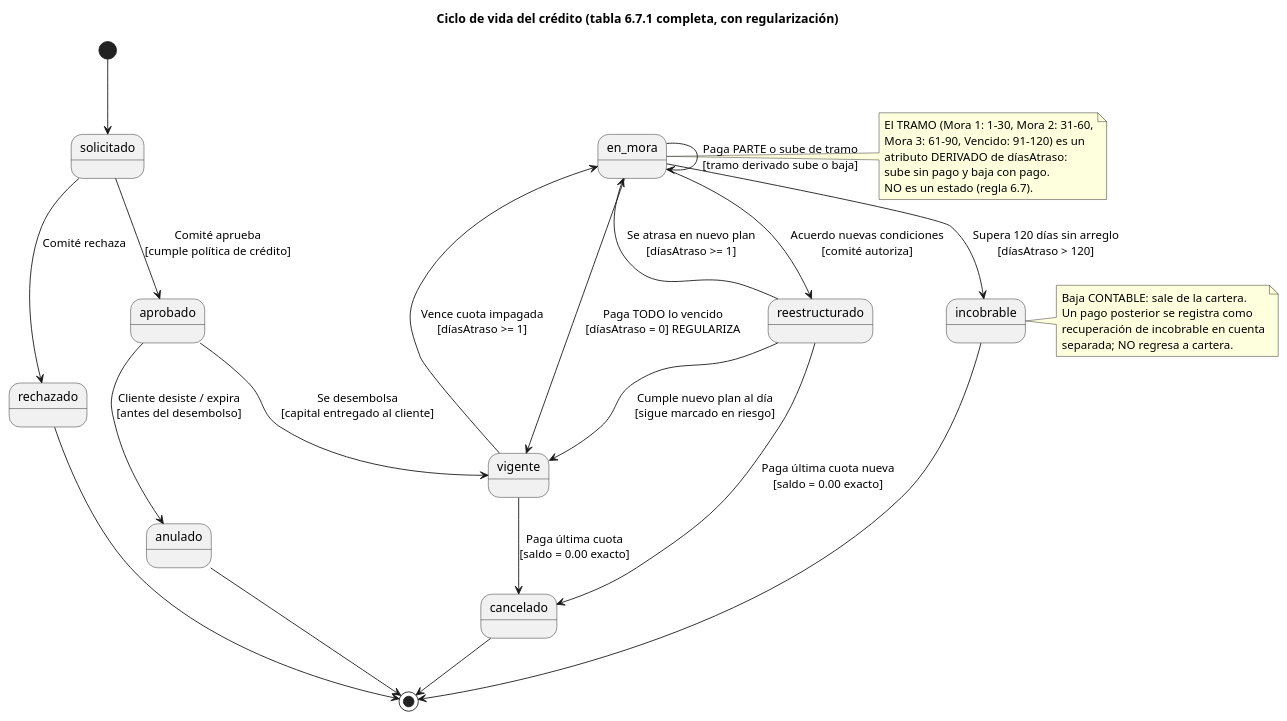
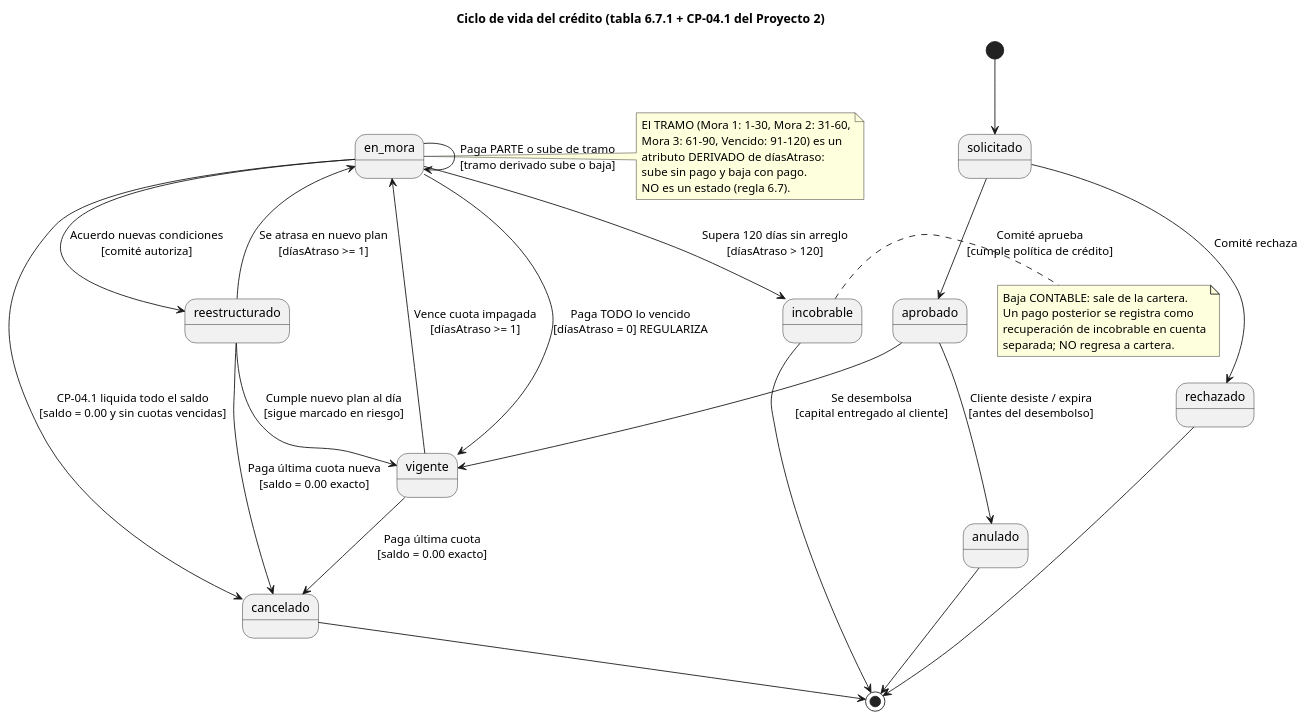
One commit to CinthiaR13986/Proyecto-Microcredito changed the diagram in diagramas/estados.puml. Above: the diagram before and after it, drawn with PlantUML. The commit also changed 1 other file, not shown here.

Commit message:
Se actualiza diagrama de estados

```diff
--- a/diagramas/estados.puml
+++ b/diagramas/estados.puml
@@ -1,43 +1,44 @@
 @startuml estados-credito
-title Ciclo de vida del crédito (tabla 6.7.1 completa, con regularización)
+title Ciclo de vida del crédito (tabla 6.7.1 + CP-04.1 del Proyecto 2)
 
 [*] --> solicitado
 
 solicitado --> aprobado : Comité aprueba\n[cumple política de crédito]
 solicitado --> rechazado : Comité rechaza
 
 aprobado --> vigente : Se desembolsa\n[capital entregado al cliente]
 aprobado --> anulado : Cliente desiste / expira\n[antes del desembolso]
 
 vigente --> en_mora : Vence cuota impagada\n[díasAtraso >= 1]
 vigente --> cancelado : Paga última cuota\n[saldo = 0.00 exacto]
 
 en_mora --> vigente : Paga TODO lo vencido\n[díasAtraso = 0] REGULARIZA
 en_mora --> en_mora : Paga PARTE o sube de tramo\n[tramo derivado sube o baja]
 en_mora --> reestructurado : Acuerdo nuevas condiciones\n[comité autoriza]
 en_mora --> incobrable : Supera 120 días sin arreglo\n[díasAtraso > 120]
+en_mora --> cancelado : CP-04.1 liquida todo el saldo\n[saldo = 0.00 y sin cuotas vencidas]
 
 reestructurado --> vigente : Cumple nuevo plan al día\n[sigue marcado en riesgo]
 reestructurado --> en_mora : Se atrasa en nuevo plan\n[díasAtraso >= 1]
 reestructurado --> cancelado : Paga última cuota nueva\n[saldo = 0.00 exacto]
 
 cancelado --> [*]
 rechazado --> [*]
 anulado --> [*]
 incobrable --> [*]
 
 note right of en_mora
   El TRAMO (Mora 1: 1-30, Mora 2: 31-60,
   Mora 3: 61-90, Vencido: 91-120) es un
   atributo DERIVADO de díasAtraso:
   sube sin pago y baja con pago.
   NO es un estado (regla 6.7).
 end note
 
 note right of incobrable
   Baja CONTABLE: sale de la cartera.
   Un pago posterior se registra como
   recuperación de incobrable en cuenta
   separada; NO regresa a cartera.
 end note
 @enduml
```
